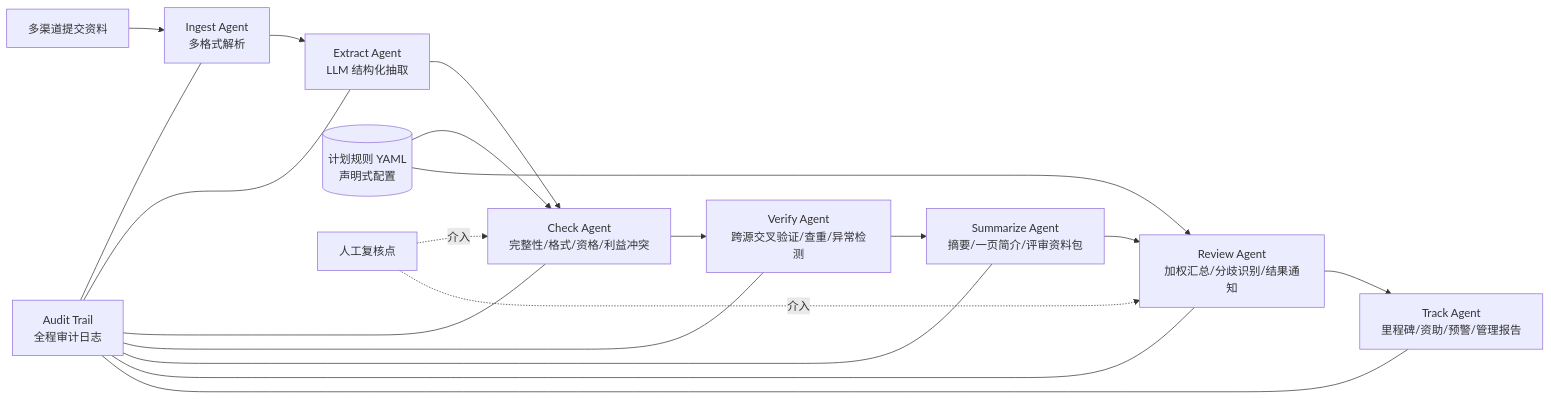
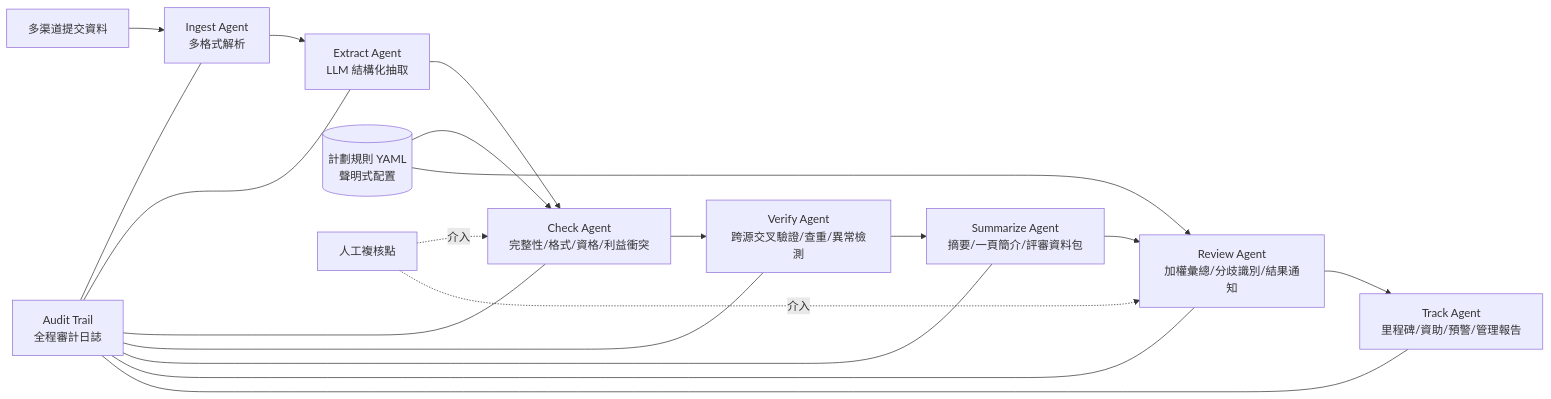
Before and after one commit to Hkate777/GrantFlow-AI-Agent-Challenge: the diagram in README.md, drawn with Mermaid. The commit also changed other lines of this file and 54 other files, not shown here.

````diff
--- a/README.md
+++ b/README.md
@@ -43,15 +104,15 @@
 ```mermaid
 flowchart LR
-    A[多渠道提交资料] --> B[Ingest Agent<br/>多格式解析]
-    B --> C[Extract Agent<br/>LLM 结构化抽取]
-    C --> D[Check Agent<br/>完整性/格式/资格/利益冲突]
-    D --> E[Verify Agent<br/>跨源交叉验证/查重/异常检测]
-    E --> F[Summarize Agent<br/>摘要/一页简介/评审资料包]
-    F --> G[Review Agent<br/>加权汇总/分歧识别/结果通知]
-    G --> H[Track Agent<br/>里程碑/资助/预警/管理报告]
-    I[(计划规则 YAML<br/>声明式配置)] --> D
+    A[多渠道提交資料] --> B[Ingest Agent<br/>多格式解析]
+    B --> C[Extract Agent<br/>LLM 結構化抽取]
+    C --> D[Check Agent<br/>完整性/格式/資格/利益衝突]
+    D --> E[Verify Agent<br/>跨源交叉驗證/查重/異常檢測]
+    E --> F[Summarize Agent<br/>摘要/一頁簡介/評審資料包]
+    F --> G[Review Agent<br/>加權彙總/分歧識別/結果通知]
+    G --> H[Track Agent<br/>里程碑/資助/預警/管理報告]
+    I[(計劃規則 YAML<br/>聲明式配置)] --> D
     I --> G
-    J[人工复核点] -.介入.-> D
+    J[人工複核點] -.介入.-> D
     J -.介入.-> G
-    K[Audit Trail<br/>全程审计日志] --- B & C & D & E & F & G & H
+    K[Audit Trail<br/>全程審計日誌] --- B & C & D & E & F & G & H
 ```
````
